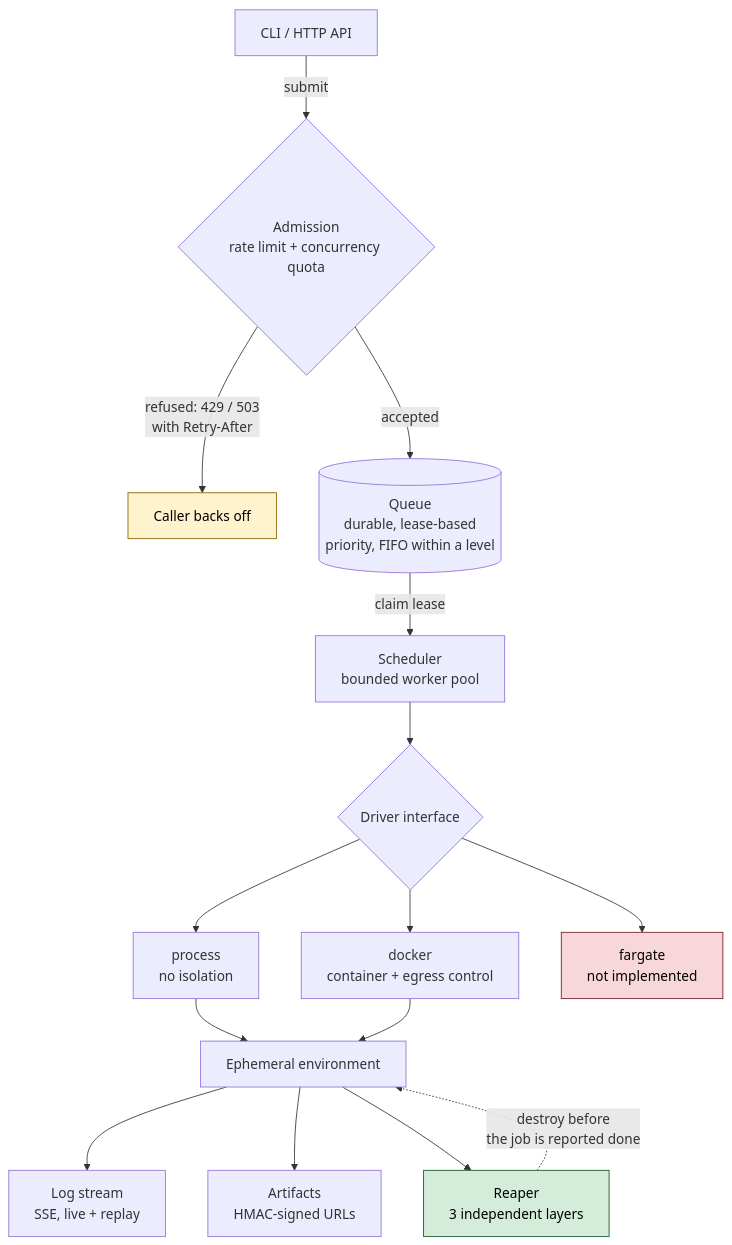
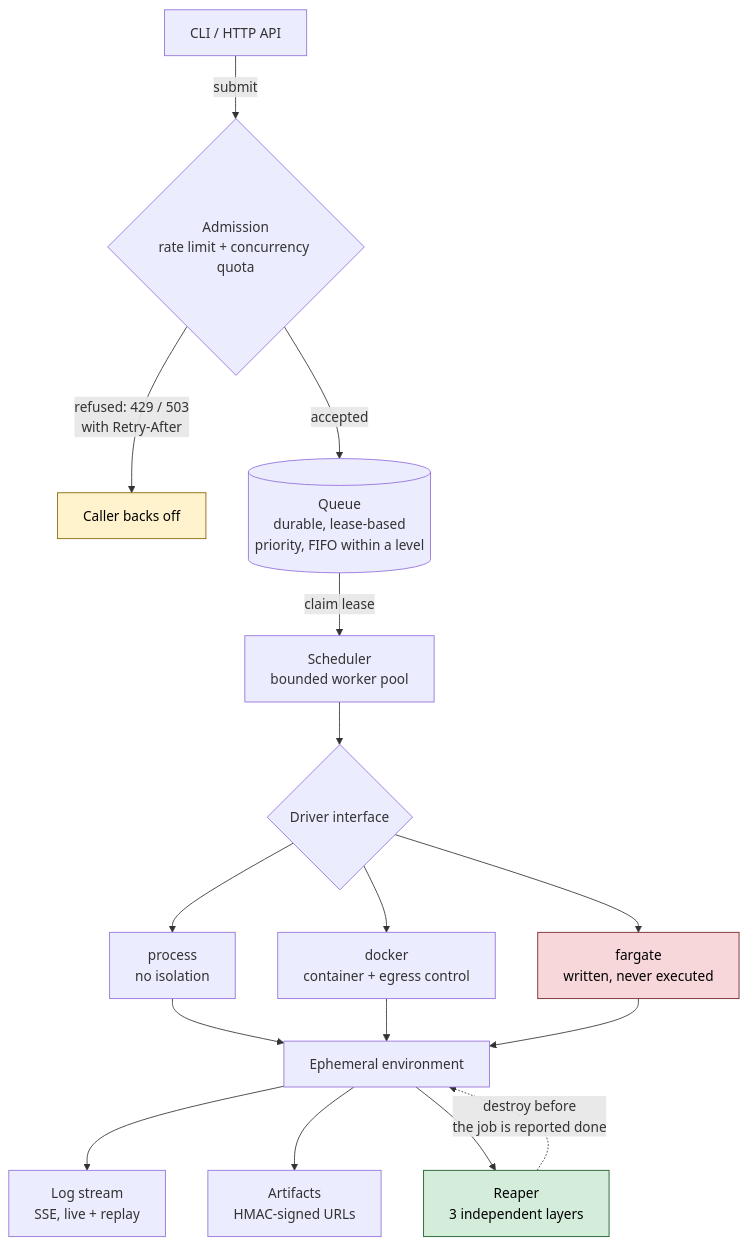
One commit to bytes-as/airlock changed the first of 4 diagrams in README.md. Above: the diagram before and after it, drawn with Mermaid. The commit also changed other lines of this file and 25 other files, not shown here.

````diff
--- a/README.md
+++ b/README.md
@@ -11,26 +11,26 @@
 ```mermaid
 flowchart TB
     CLI["CLI / HTTP API"] -->|submit| ADM{"Admission<br/>rate limit + concurrency quota"}
 
     ADM -->|"refused: 429 / 503<br/>with Retry-After"| REJ["Caller backs off"]
     ADM -->|accepted| Q[("Queue<br/>durable, lease-based<br/>priority, FIFO within a level")]
 
     Q -->|claim lease| SCH["Scheduler<br/>bounded worker pool"]
     SCH --> DRV{"Driver interface"}
 
     DRV --> PROC["process<br/>no isolation"]
     DRV --> DOCK["docker<br/>container + egress control"]
-    DRV --> FARG["fargate<br/>not implemented"]
+    DRV --> FARG["fargate<br/>written, never executed"]
 
-    PROC & DOCK --> ENV["Ephemeral environment"]
+    PROC & DOCK & FARG --> ENV["Ephemeral environment"]
 
     ENV --> LOGS["Log stream<br/>SSE, live + replay"]
     ENV --> ART["Artifacts<br/>HMAC-signed URLs"]
     ENV --> REAP["Reaper<br/>3 independent layers"]
 
     REAP -.->|"destroy before<br/>the job is reported done"| ENV
 
     style REJ fill:#fff3cd,stroke:#856404,color:#000
     style FARG fill:#f8d7da,stroke:#721c24,color:#000
     style REAP fill:#d4edda,stroke:#155724,color:#000
 ```
````
